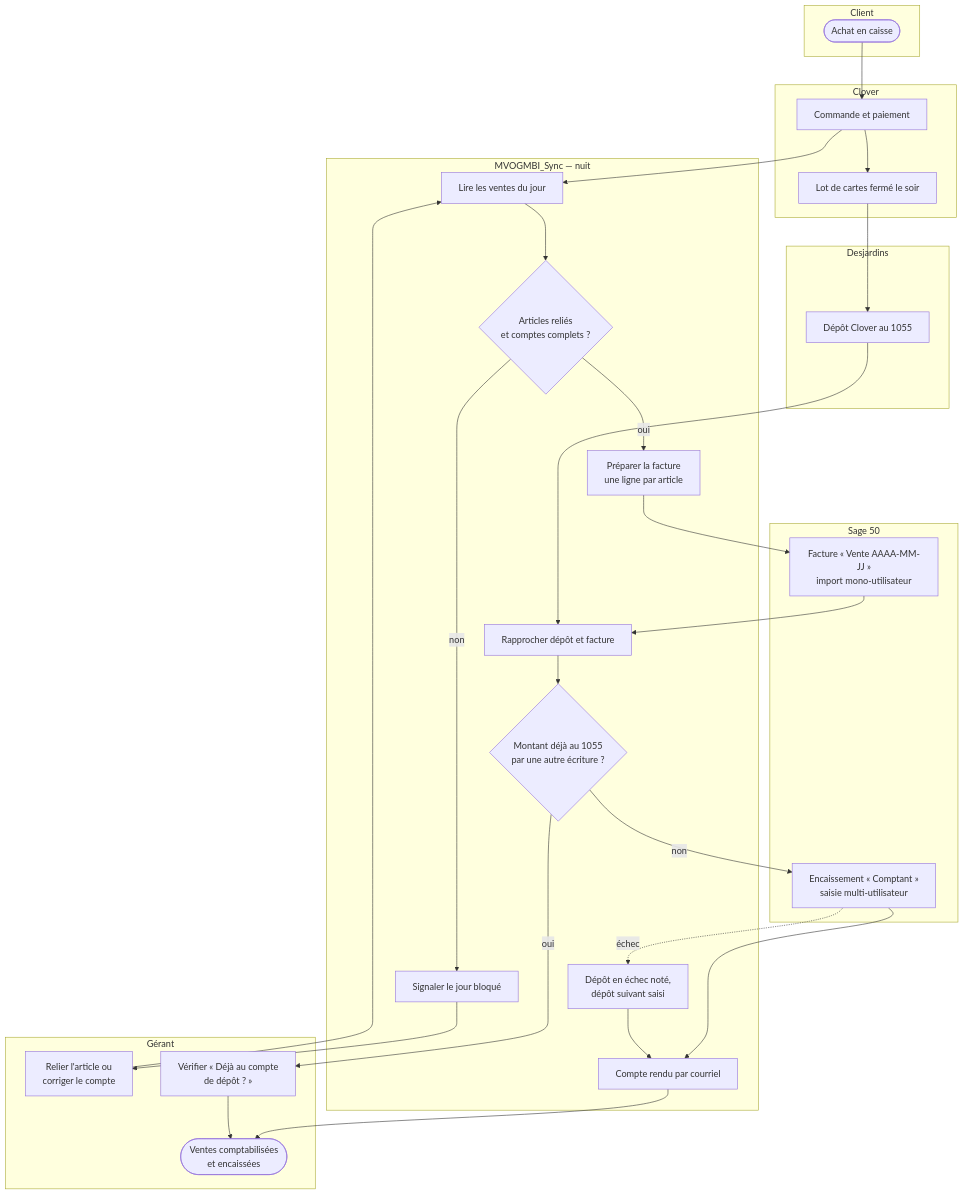
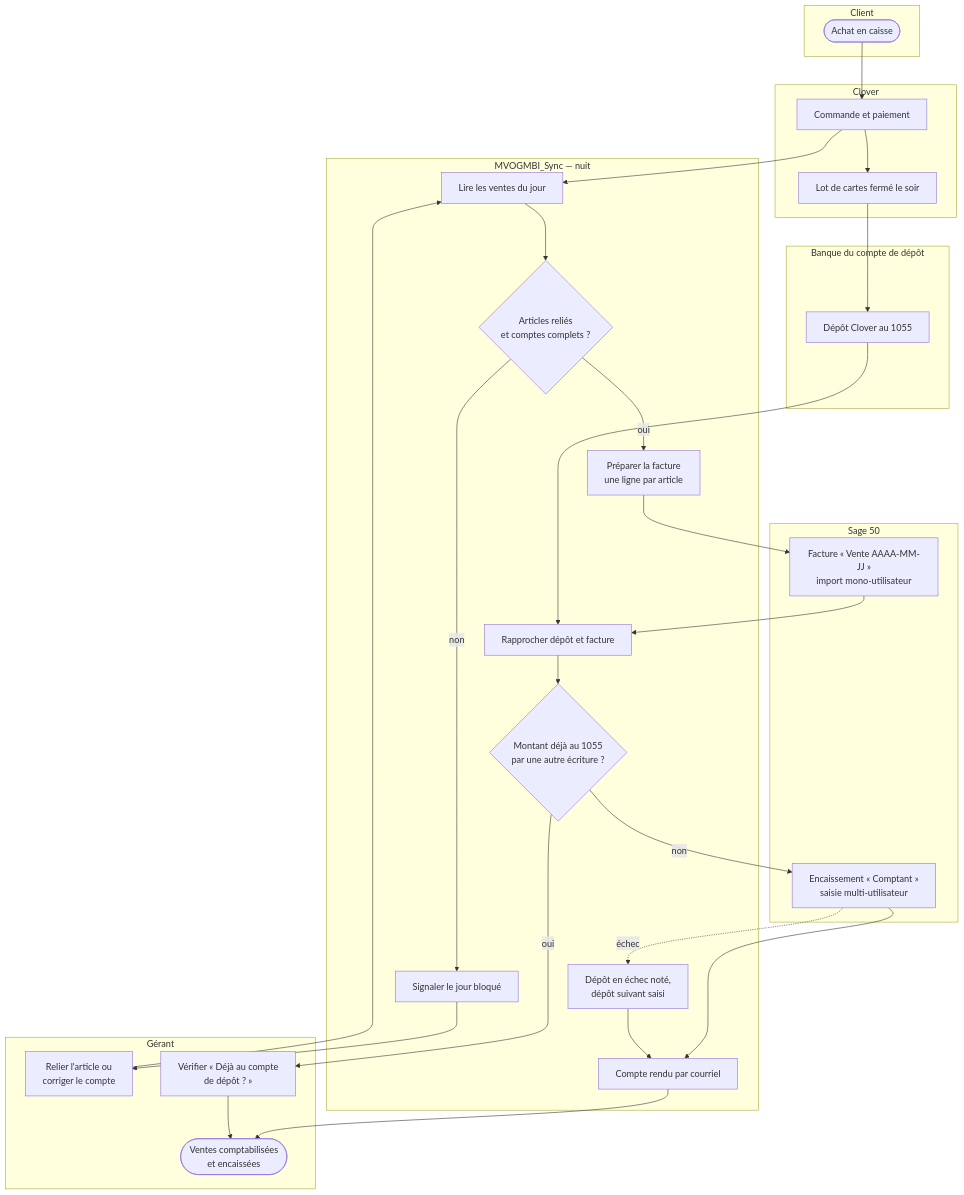
One commit to mteingueng-dot/MVOGMBI_Sync_2026.1 changed the first of 12 diagrams in documentation/PROCESSUS_BPM.md. Above: the diagram before and after it, drawn with Mermaid. The commit also changed other lines of this file and 41 other files, not shown here.

````diff
--- a/documentation/PROCESSUS_BPM.md
+++ b/documentation/PROCESSUS_BPM.md
@@ -11,40 +11,40 @@
 ```mermaid
 flowchart TB
     subgraph CLI["Client"]
         A1([Achat en caisse])
     end
     subgraph CLO["Clover"]
         B1[Commande et paiement]
         B2[Lot de cartes fermé le soir]
     end
     subgraph APP["MVOGMBI_Sync — nuit"]
         C1[Lire les ventes du jour]
         C2{Articles reliés<br/>et comptes complets ?}
         C3[Préparer la facture<br/>une ligne par article]
         C4[Signaler le jour bloqué]
         C5[Rapprocher dépôt et facture]
         C7{Montant déjà au 1055<br/>par une autre écriture ?}
         C6[Compte rendu par courriel]
         C8[Dépôt en échec noté,<br/>dépôt suivant saisi]
     end
     subgraph SAGE["Sage 50"]
         D1[Facture « Vente AAAA-MM-JJ »<br/>import mono-utilisateur]
         D2[Encaissement « Comptant »<br/>saisie multi-utilisateur]
     end
-    subgraph BQ["Desjardins"]
+    subgraph BQ["Banque du compte de dépôt"]
         E1[Dépôt Clover au 1055]
     end
     subgraph GER["Gérant"]
         F1[Relier l'article ou<br/>corriger le compte]
         F2([Ventes comptabilisées<br/>et encaissées])
         F3[Vérifier « Déjà au compte<br/>de dépôt ? »]
     end
     A1 --> B1 --> C1 --> C2
     C2 -- oui --> C3 --> D1
     C2 -- non --> C4 --> F1 --> C1
     B1 --> B2 --> E1 --> C5
     D1 --> C5 --> C7
     C7 -- non --> D2 --> C6 --> F2
     C7 -- oui --> F3 --> F2
     D2 -. échec .-> C8 --> C6
 ```
````
